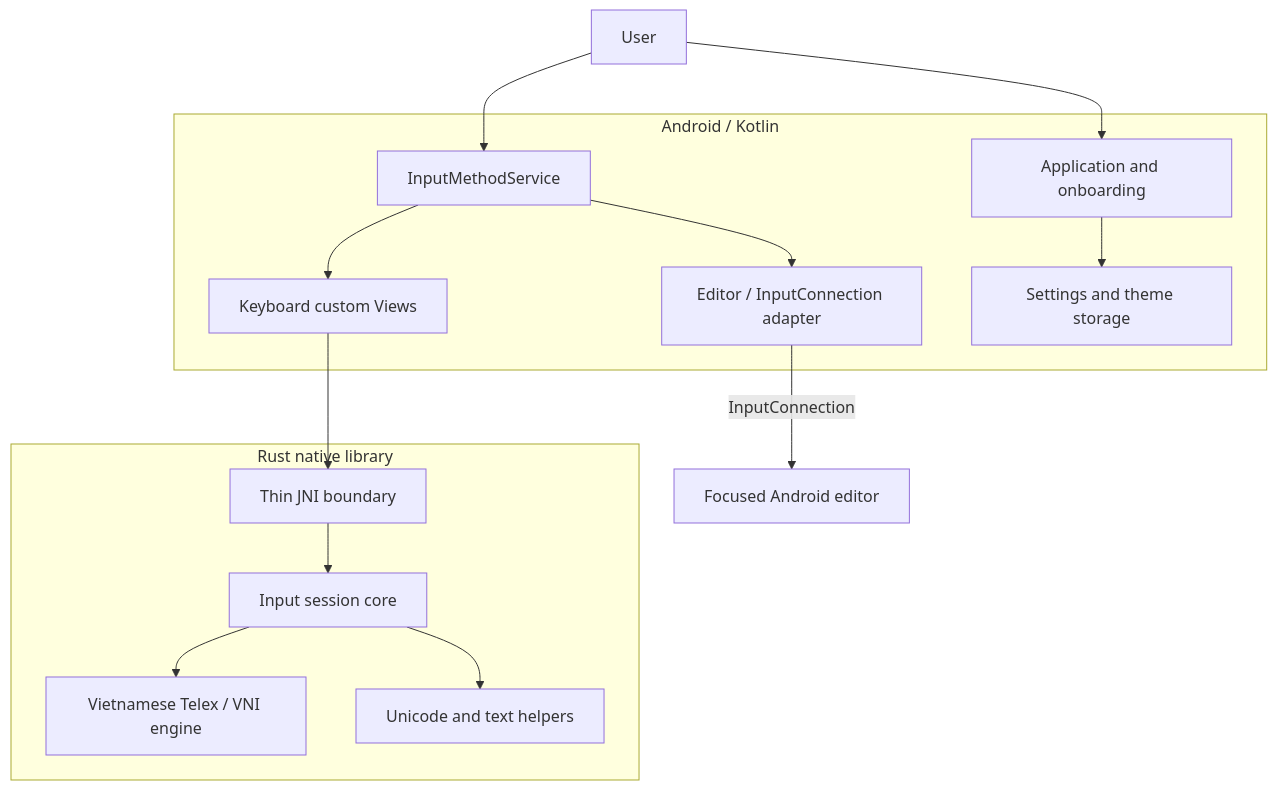
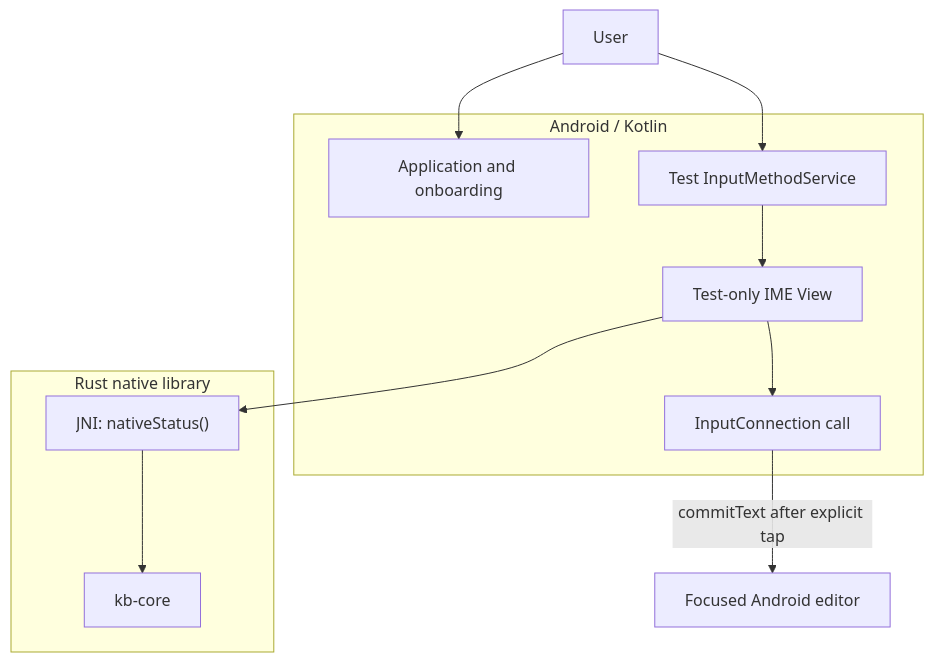
Before and after one commit to snowgemm/KB-Ai: the diagram in docs/ARCHITECTURE.md, drawn with Mermaid. The commit also changed other lines of this file and 37 other files, not shown here.

```diff
--- a/docs/ARCHITECTURE.md
+++ b/docs/ARCHITECTURE.md
@@ -17,27 +31,21 @@
 ~~~mermaid
 flowchart TB
     USER["User"]
     subgraph ANDROID["Android / Kotlin"]
         APP["Application and onboarding"]
-        SERVICE["InputMethodService"]
-        VIEW["Keyboard custom Views"]
-        ADAPTER["Editor / InputConnection adapter"]
-        SETTINGS["Settings and theme storage"]
+        SERVICE["Test InputMethodService"]
+        VIEW["Test-only IME View"]
+        ADAPTER["InputConnection call"]
     end
     subgraph NATIVE["Rust native library"]
-        JNI["Thin JNI boundary"]
-        CORE["Input session core"]
-        VI["Vietnamese Telex / VNI engine"]
-        TEXT["Unicode and text helpers"]
+        JNI["JNI: nativeStatus()"]
+        CORE["kb-core"]
     end
     USER --> APP
     USER --> SERVICE
     SERVICE --> VIEW
-    SERVICE --> ADAPTER
     VIEW --> JNI
     JNI --> CORE
-    CORE --> VI
-    CORE --> TEXT
-    ADAPTER -->|"InputConnection"| EDITOR["Focused Android editor"]
-    APP --> SETTINGS
+    VIEW --> ADAPTER
+    ADAPTER -->|"commitText after explicit tap"| EDITOR["Focused Android editor"]
 ~~~
```
